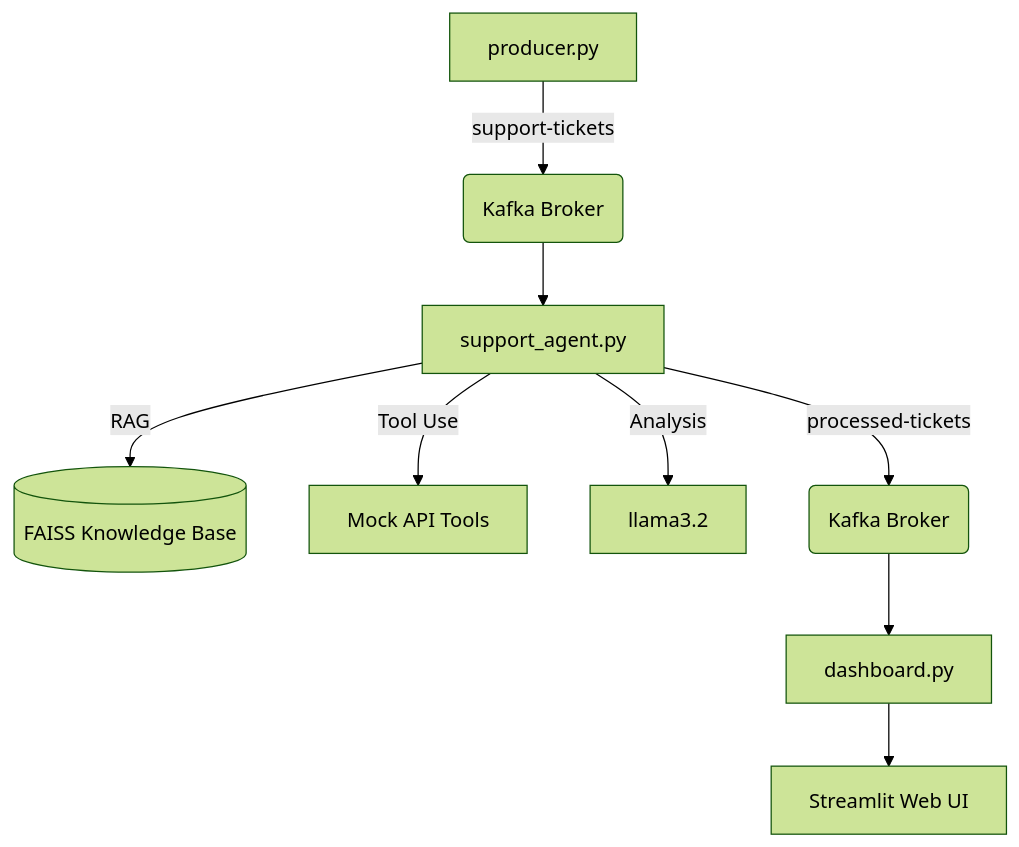
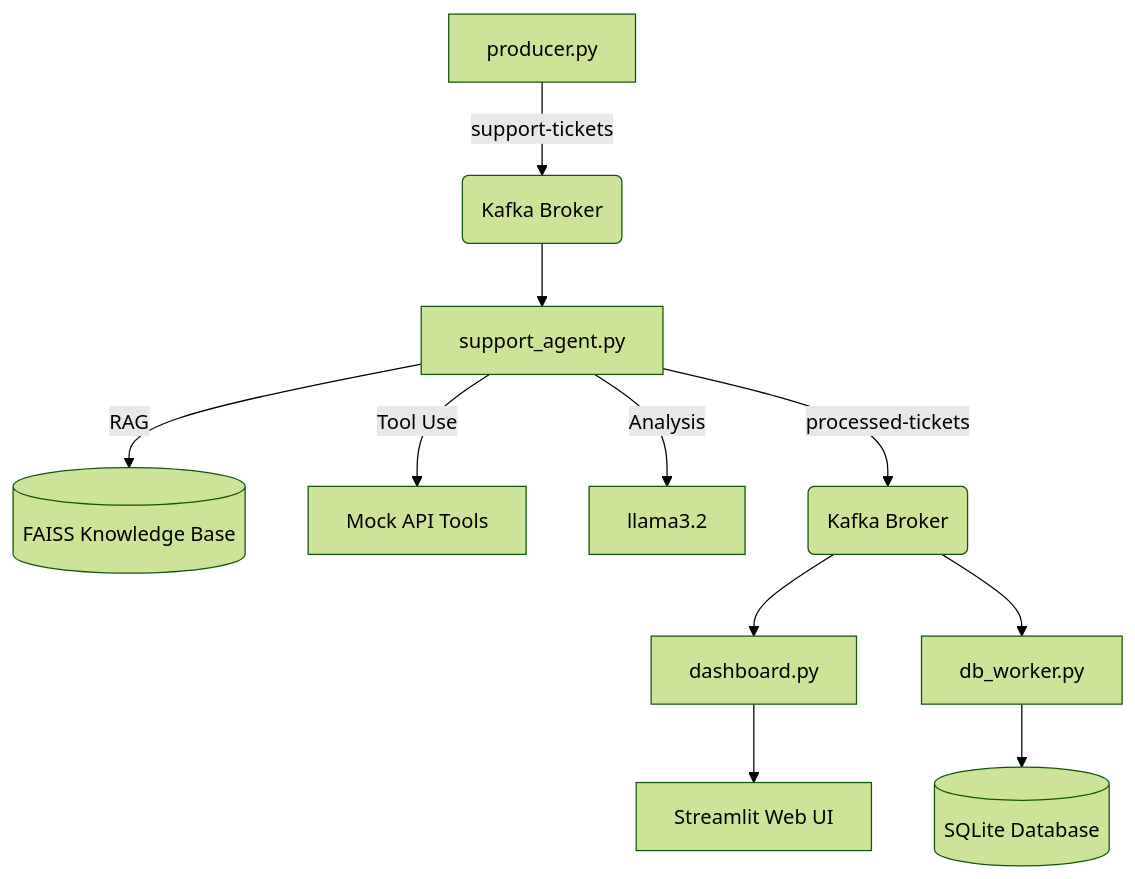
One commit to arjeetanand/kafka-llm-support-agent changed the diagram in Readme.md. Above: the diagram before and after it, drawn with Mermaid (forest theme). The commit also changed other lines of this file and 5 other files, not shown here.

````diff
--- a/Readme.md
+++ b/Readme.md
@@ -7,11 +7,13 @@
 ```mermaid
 graph TD
     A[producer.py] -->|support-tickets| B(Kafka Broker)
     B --> C[support_agent.py]
     C -->|RAG| D[(FAISS Knowledge Base)]
     C -->|Tool Use| E[Mock API Tools]
     C -->|Analysis| F[llama3.2]
     C -->|processed-tickets| G(Kafka Broker)
     G --> H[dashboard.py]
+    G --> J[db_worker.py]
+    J --> K[(SQLite Database)]
     H --> I[Streamlit Web UI]
 ```
````
